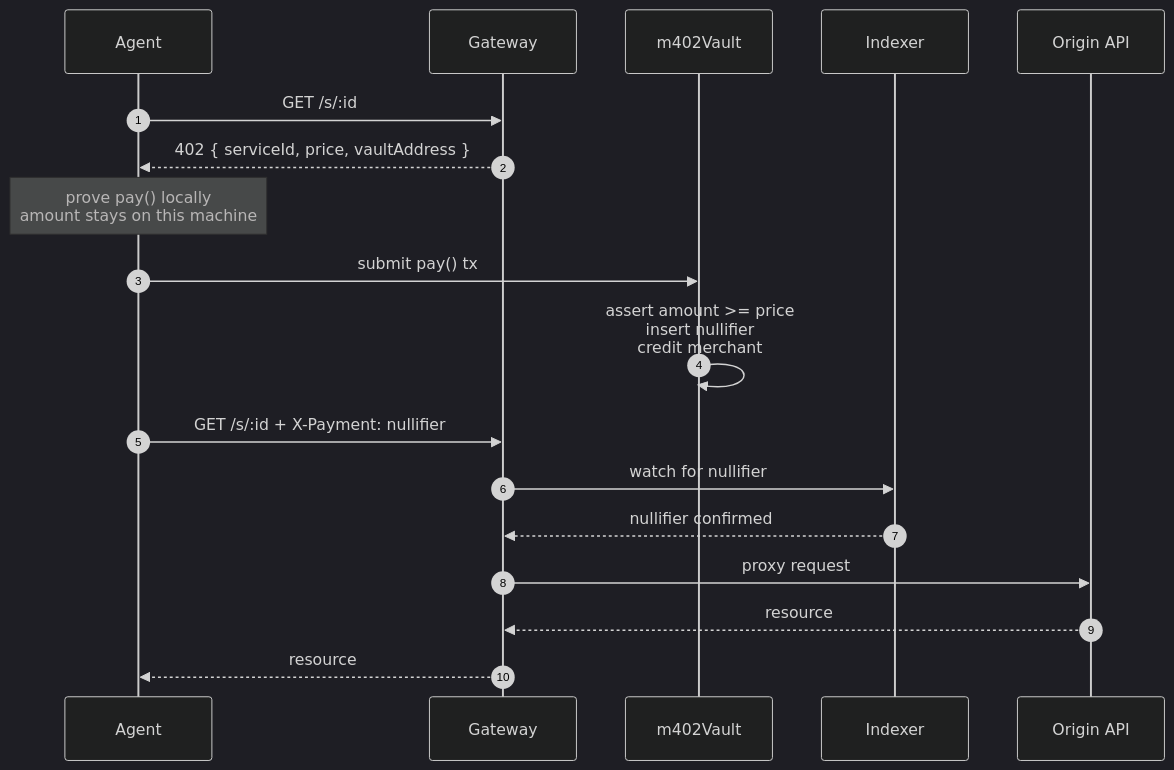
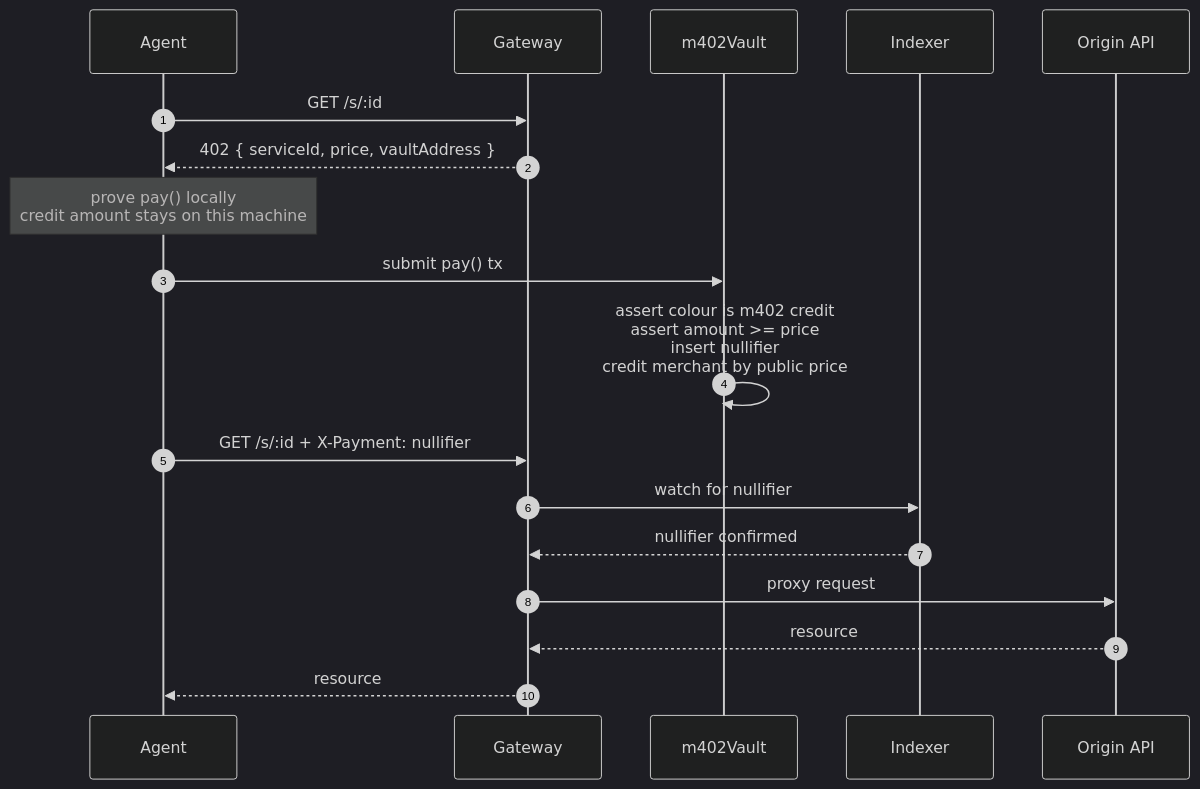
One commit to julianariel/m402 changed the second of 7 diagrams in docs/architecture/payment-flow.md. Above: the diagram before and after it, drawn with Mermaid (dark theme). The commit also changed other lines of this file and 7 other files, not shown here.

````diff
--- a/docs/architecture/payment-flow.md
+++ b/docs/architecture/payment-flow.md
@@ -5,23 +24,23 @@
 ```mermaid
 sequenceDiagram
     autonumber
     participant A as Agent
     participant G as Gateway
     participant V as m402Vault
     participant I as Indexer
     participant O as Origin API
 
     A->>G: GET /s/:id
     G-->>A: 402 { serviceId, price, vaultAddress }
 
-    Note over A: prove pay() locally<br/>amount stays on this machine
+    Note over A: prove pay() locally<br/>credit amount stays on this machine
     A->>V: submit pay() tx
-    V->>V: assert amount >= price<br/>insert nullifier<br/>credit merchant
+    V->>V: assert colour is m402 credit<br/>assert amount >= price<br/>insert nullifier<br/>credit merchant by public price
 
     A->>G: GET /s/:id + X-Payment: nullifier
     G->>I: watch for nullifier
     I-->>G: nullifier confirmed
     G->>O: proxy request
     O-->>G: resource
     G-->>A: resource
 ```
````
